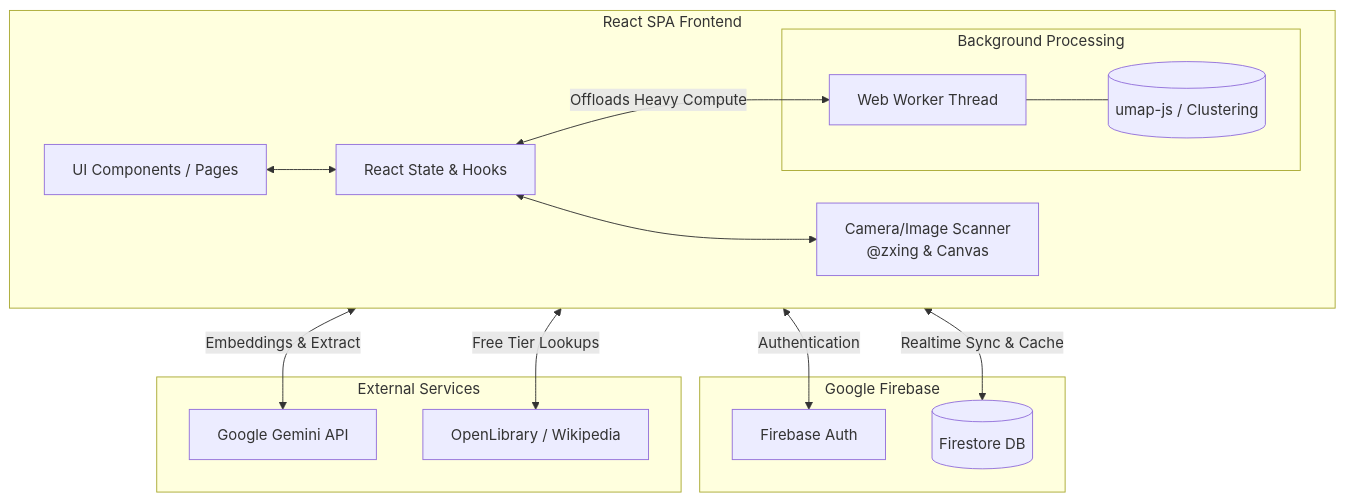
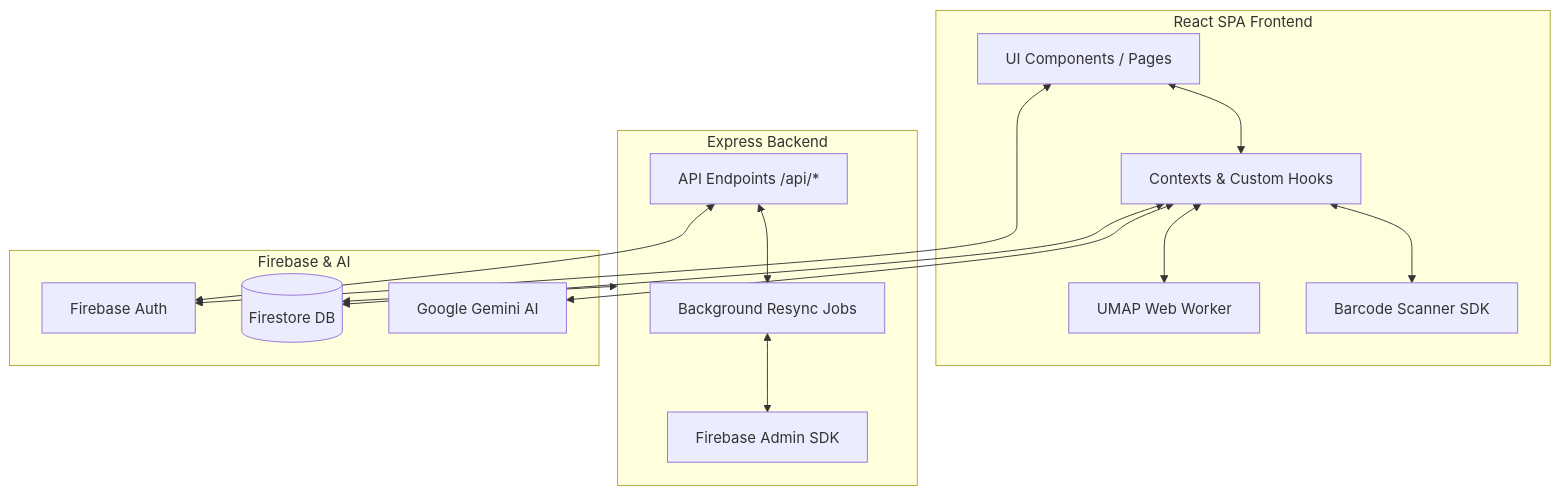
The diagram in DESIGN.md (NikhilS/shelfspace), drawn with Mermaid before and after one commit. The commit also changed other lines of this file and 40 other files, not shown here.

````diff
--- a/DESIGN.md
+++ b/DESIGN.md
@@ -8,33 +18,32 @@
 ```mermaid
 flowchart TD
     subgraph Client [React SPA Frontend]
         UI[UI Components / Pages]
-        State[React State & Hooks]
-        Scanner[Camera/Image Scanner\n@zxing & Canvas]
-        
-        subgraph Background Processing
-            Worker[Web Worker Thread]
-            UMAP[(umap-js / Clustering)]
-            Worker --- UMAP
-        end
-        
+        State[Contexts & Custom Hooks]
+        W_Worker[UMAP Web Worker]
+        Zxing[Barcode Scanner SDK]
         UI <--> State
-        State <--> Scanner
-        State <-->|Offloads Heavy Compute| Worker
+        State <--> W_Worker
+        State <--> Zxing
     end
 
-    subgraph Firebase [Google Firebase]
+    subgraph Server [Express Backend]
+        API[API Endpoints /api/*]
+        Jobs[Background Resync Jobs]
+        SDK[Firebase Admin SDK]
+        API <--> Jobs
+        Jobs <--> SDK
+    end
+
+    subgraph Google_Cloud [Firebase & AI]
         Auth[Firebase Auth]
         Firestore[(Firestore DB)]
+        Gemini[Google Gemini AI]
     end
 
-    subgraph External APIs [External Services]
-        Gemini[Google Gemini API]
-        BookAPI[OpenLibrary / Wikipedia]
-    end
-
-    Client <-->|Authentication| Auth
-    Client <-->|Realtime Sync & Cache| Firestore
-    Client <-->|Embeddings & Extract| Gemini
-    Client <-->|Free Tier Lookups| BookAPI
+    UI <--> Auth
+    State <--> Firestore
+    State <--> Gemini
+    API <--> Auth
+    Server <--> Firestore
 ```
````
